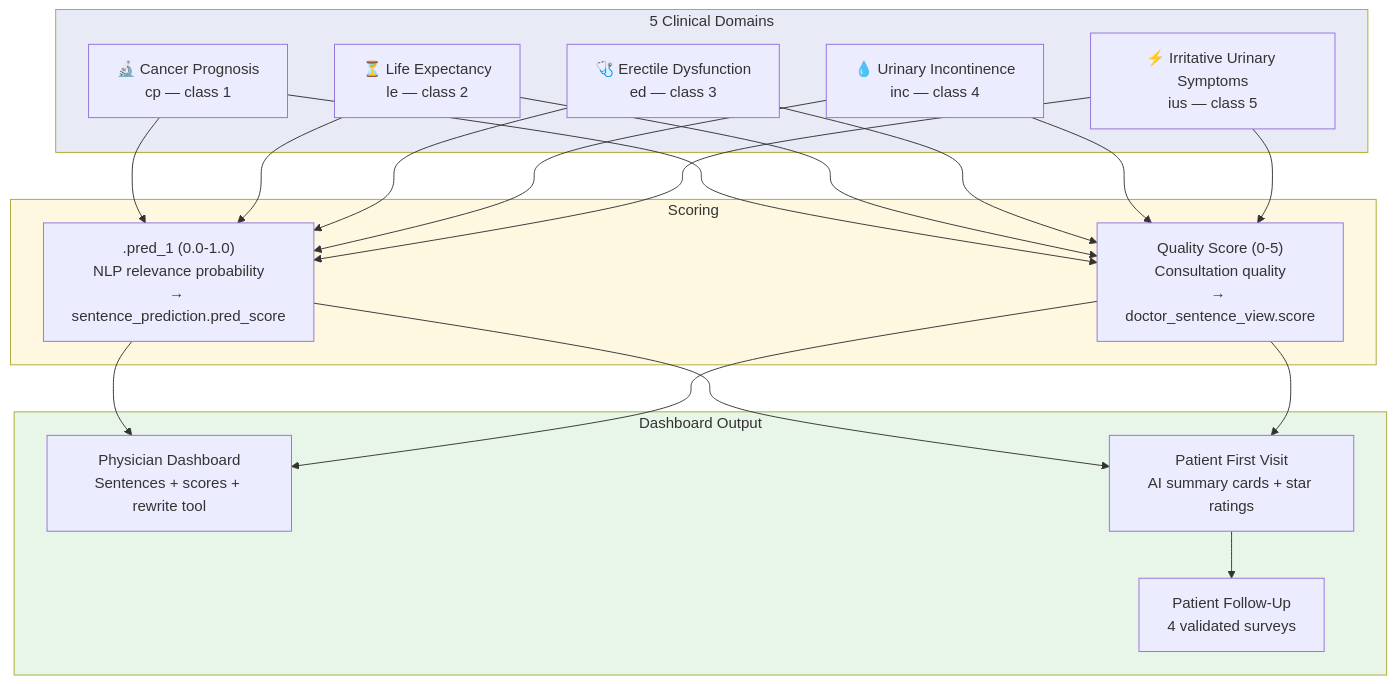
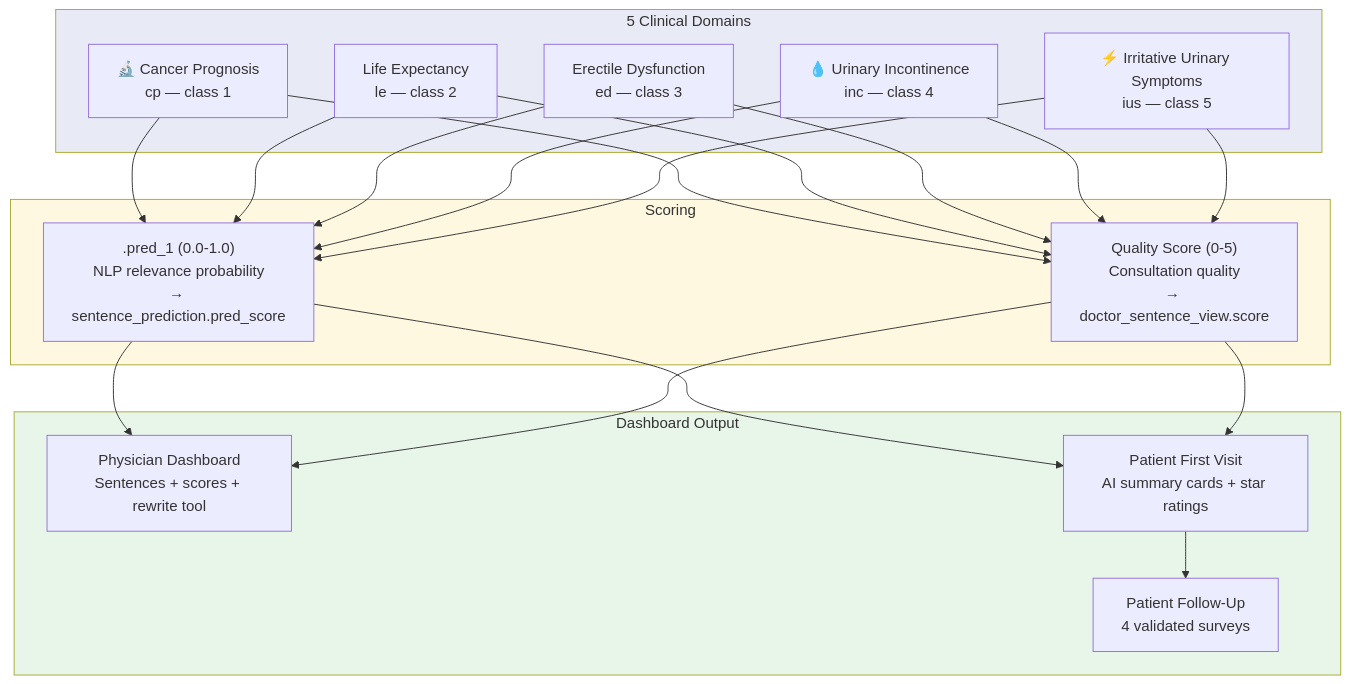
One commit to HyunjunA/Prostate_cancer_consultation changed the tenth of 11 diagrams in docs/architecture/ARCHITECTURE_DIAGRAMS.md. Above: the diagram before and after it, drawn with Mermaid. The commit also changed other lines of this file and 32 other files, not shown here.

````diff
--- a/docs/architecture/ARCHITECTURE_DIAGRAMS.md
+++ b/docs/architecture/ARCHITECTURE_DIAGRAMS.md
@@ -586,33 +586,33 @@
 ```mermaid
 graph TD
     subgraph Domains["5 Clinical Domains"]
         CP["🔬 Cancer Prognosis<br/>cp — class 1"]
-        LE["⏳ Life Expectancy<br/>le — class 2"]
-        ED["🩺 Erectile Dysfunction<br/>ed — class 3"]
+        LE[" Life Expectancy<br/>le — class 2"]
+        ED[" Erectile Dysfunction<br/>ed — class 3"]
         INC["💧 Urinary Incontinence<br/>inc — class 4"]
         IUS["⚡ Irritative Urinary Symptoms<br/>ius — class 5"]
     end
 
     subgraph Scores["Scoring"]
         PRED[".pred_1 (0.0-1.0)<br/>NLP relevance probability<br/>→ sentence_prediction.pred_score"]
         QUAL["Quality Score (0-5)<br/>Consultation quality<br/>→ doctor_sentence_view.score"]
     end
 
     subgraph Outputs["Dashboard Output"]
         DOC["Physician Dashboard<br/>Sentences + scores + rewrite tool"]
         PAT["Patient First Visit<br/>AI summary cards + star ratings"]
         FU["Patient Follow-Up<br/>4 validated surveys"]
     end
 
     CP & LE & ED & INC & IUS --> PRED
     CP & LE & ED & INC & IUS --> QUAL
     PRED --> DOC
     QUAL --> DOC
     PRED --> PAT
     QUAL --> PAT
     PAT --> FU
 
     style Domains fill:#e8eaf6
     style Scores fill:#fff8e1
     style Outputs fill:#e8f5e9
 ```
````
